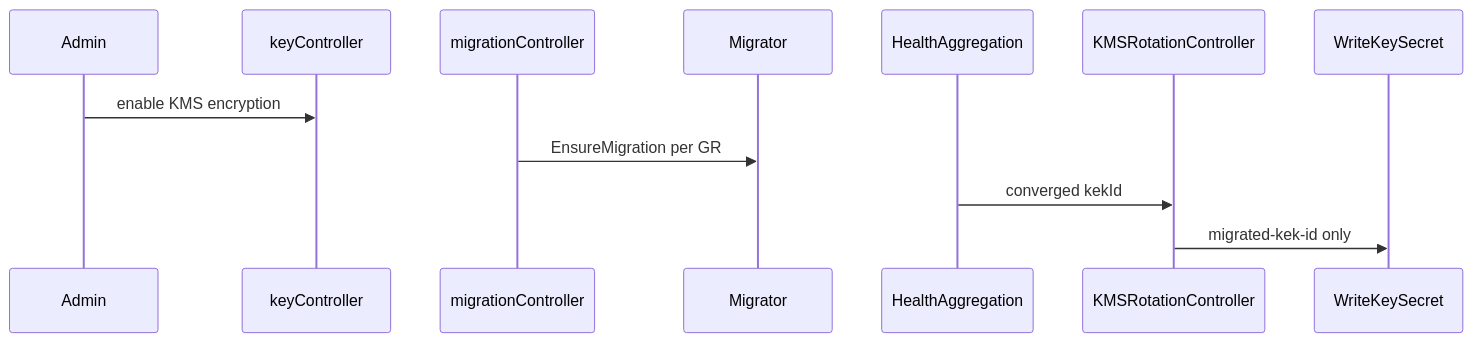
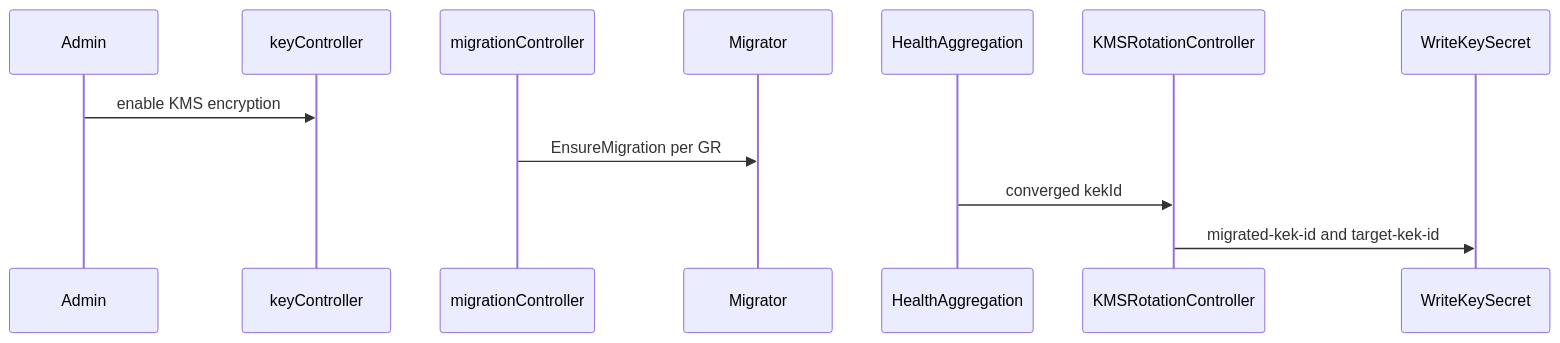
Before and after one commit to openshift/enhancements: the first of 3 diagrams in enhancements/kube-apiserver/kms-encryption-foundations.md, drawn with Mermaid. The commit also changed other lines of this file, not shown here.

Commit message:
also set target kek on bootstrap

````diff
--- a/enhancements/kube-apiserver/kms-encryption-foundations.md
+++ b/enhancements/kube-apiserver/kms-encryption-foundations.md
@@ -500,15 +502,15 @@
 ```mermaid
 sequenceDiagram
     participant Admin
     participant KeyCtrl as keyController
     participant MigCtrl as migrationController
     participant SVM as Migrator
     participant Health as HealthAggregation
     participant RotCtrl as KMSRotationController
     participant Secret as WriteKeySecret
 
     Admin->>KeyCtrl: enable KMS encryption
     MigCtrl->>SVM: EnsureMigration per GR
     Health->>RotCtrl: converged kekId
-    RotCtrl->>Secret: migrated-kek-id only
+    RotCtrl->>Secret: migrated-kek-id and target-kek-id
 ```
````
